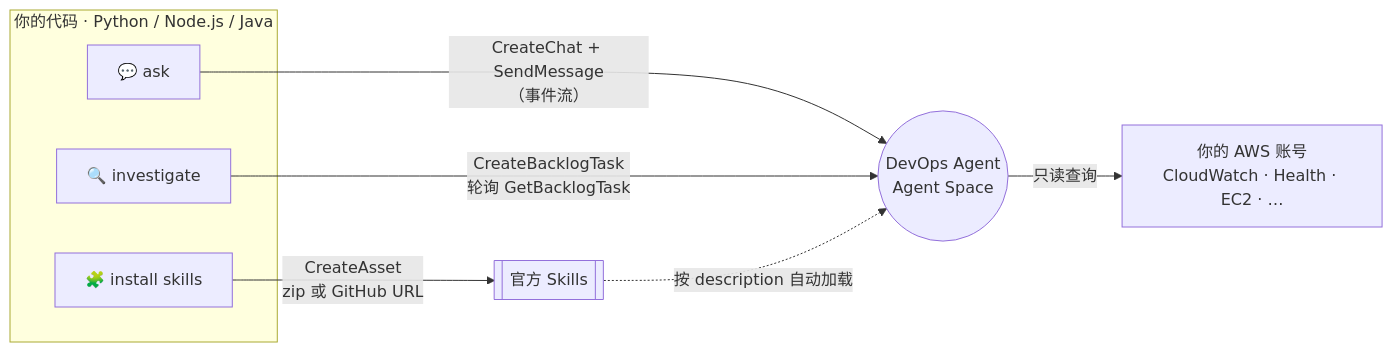
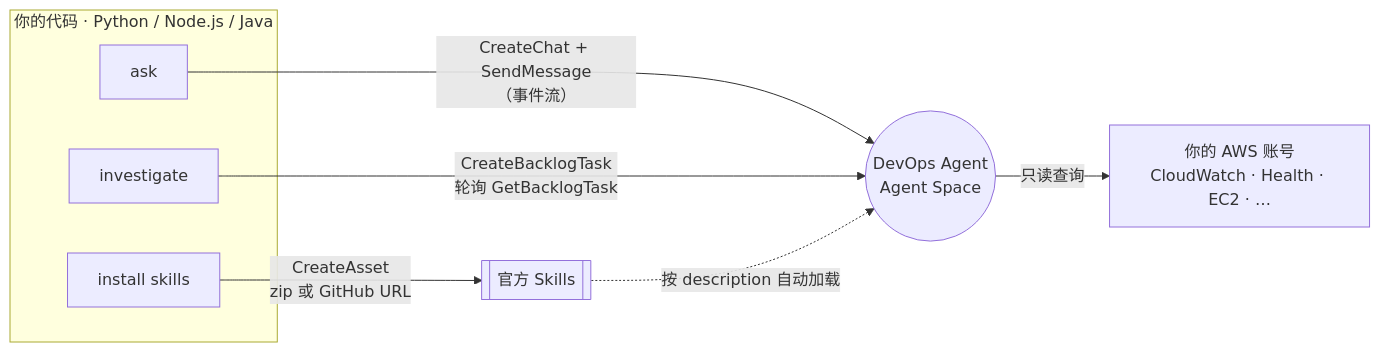
Before and after one commit to tsaol/aws-devops-agent-quickstart: the first of 2 diagrams in README.md, drawn with Mermaid. The commit also changed other lines of this file and 19 other files, not shown here.

````diff
--- a/README.md
+++ b/README.md
@@ -103,13 +97,13 @@
 ```mermaid
 flowchart LR
   subgraph code["你的代码 · Python / Node.js / Java"]
-    A["💬 ask"]
-    I["🔍 investigate"]
-    K["🧩 install skills"]
+    A["ask"]
+    I["investigate"]
+    K["install skills"]
   end
   A -- "CreateChat + SendMessage<br/>（事件流）" --> DA(("DevOps Agent<br/>Agent Space"))
   I -- "CreateBacklogTask<br/>轮询 GetBacklogTask" --> DA
   K -- "CreateAsset<br/>zip 或 GitHub URL" --> SK[["官方 Skills"]]
   SK -. "按 description 自动加载" .-> DA
   DA -- "只读查询" --> AWS["你的 AWS 账号<br/>CloudWatch · Health · EC2 · …"]
 ```
````
